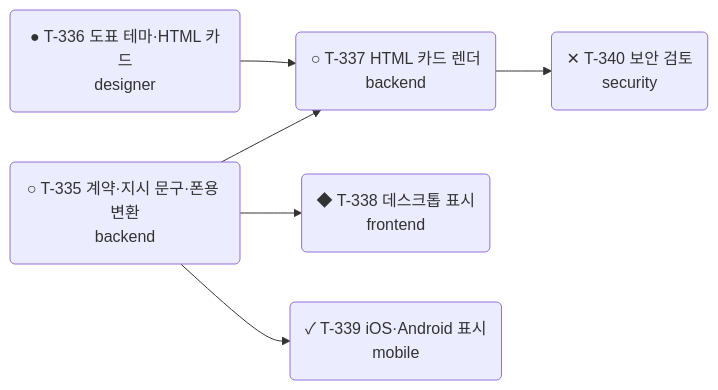
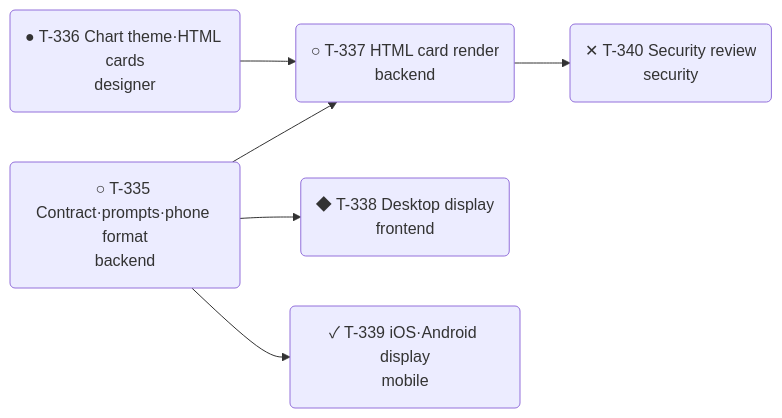
One commit to equipe-labs/equipe changed the diagram in design/visuals/mermaid/examples/flow.mmd. Above: the diagram before and after it, drawn with Mermaid. The commit also changed 105 other files, not shown here.

```diff
--- a/design/visuals/mermaid/examples/flow.mmd
+++ b/design/visuals/mermaid/examples/flow.mmd
@@ -1,12 +1,12 @@
 flowchart LR
-  T336("● T-336 도표 테마·HTML 카드<br/>designer"):::work
-  T335("○ T-335 계약·지시 문구·폰용 변환<br/>backend"):::next
-  T337("○ T-337 HTML 카드 렌더<br/>backend"):::next
-  T338("◆ T-338 데스크톱 표시<br/>frontend"):::wait
-  T339("✓ T-339 iOS·Android 표시<br/>mobile"):::ok
-  T340("✕ T-340 보안 검토<br/>security"):::err
+  T336("● T-336 Chart theme·HTML cards<br/>designer"):::work
+  T335("○ T-335 Contract·prompts·phone format<br/>backend"):::next
+  T337("○ T-337 HTML card render<br/>backend"):::next
+  T338("◆ T-338 Desktop display<br/>frontend"):::wait
+  T339("✓ T-339 iOS·Android display<br/>mobile"):::ok
+  T340("✕ T-340 Security review<br/>security"):::err
   T335 --> T337
   T335 --> T338
   T335 --> T339
   T336 --> T337
   T337 --> T340
```
